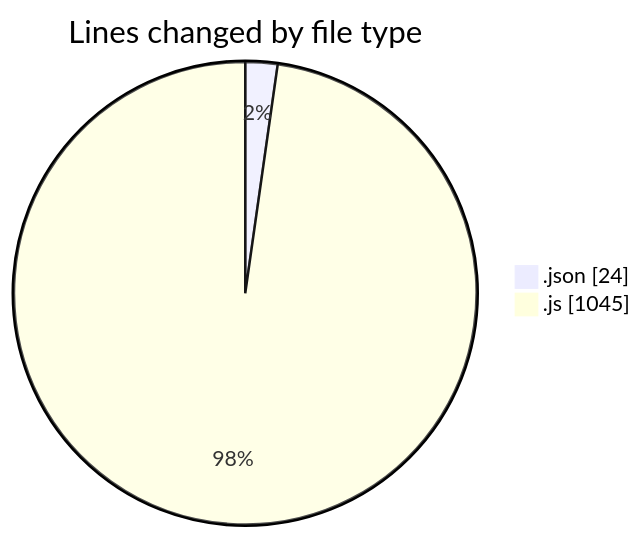
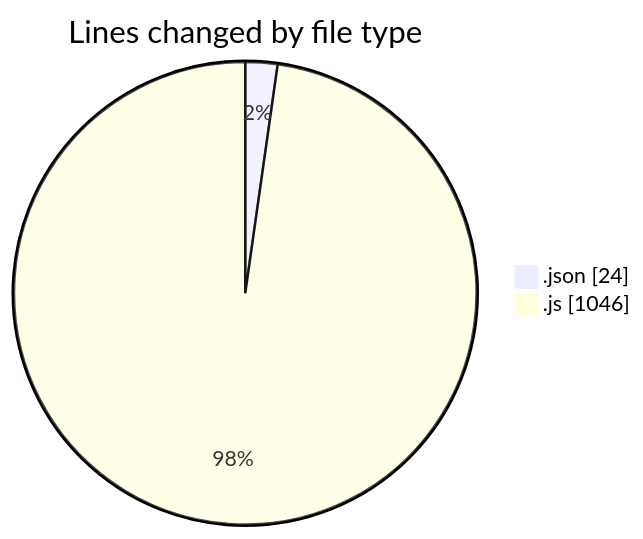
The first of 2 diagrams in 2025-04-01/jsvms/README.md (BS-eng2023/code-tracking), drawn with Mermaid before and after one commit. The commit also changed other lines of this file and 1 other file, not shown here.

````diff
--- a/2025-04-01/jsvms/README.md
+++ b/2025-04-01/jsvms/README.md
@@ -36,6 +36,6 @@
 ```mermaid
 pie showData
 title Lines changed by file type
 ".json" : 24
-".js" : 1045
+".js" : 1046
 ```
````
